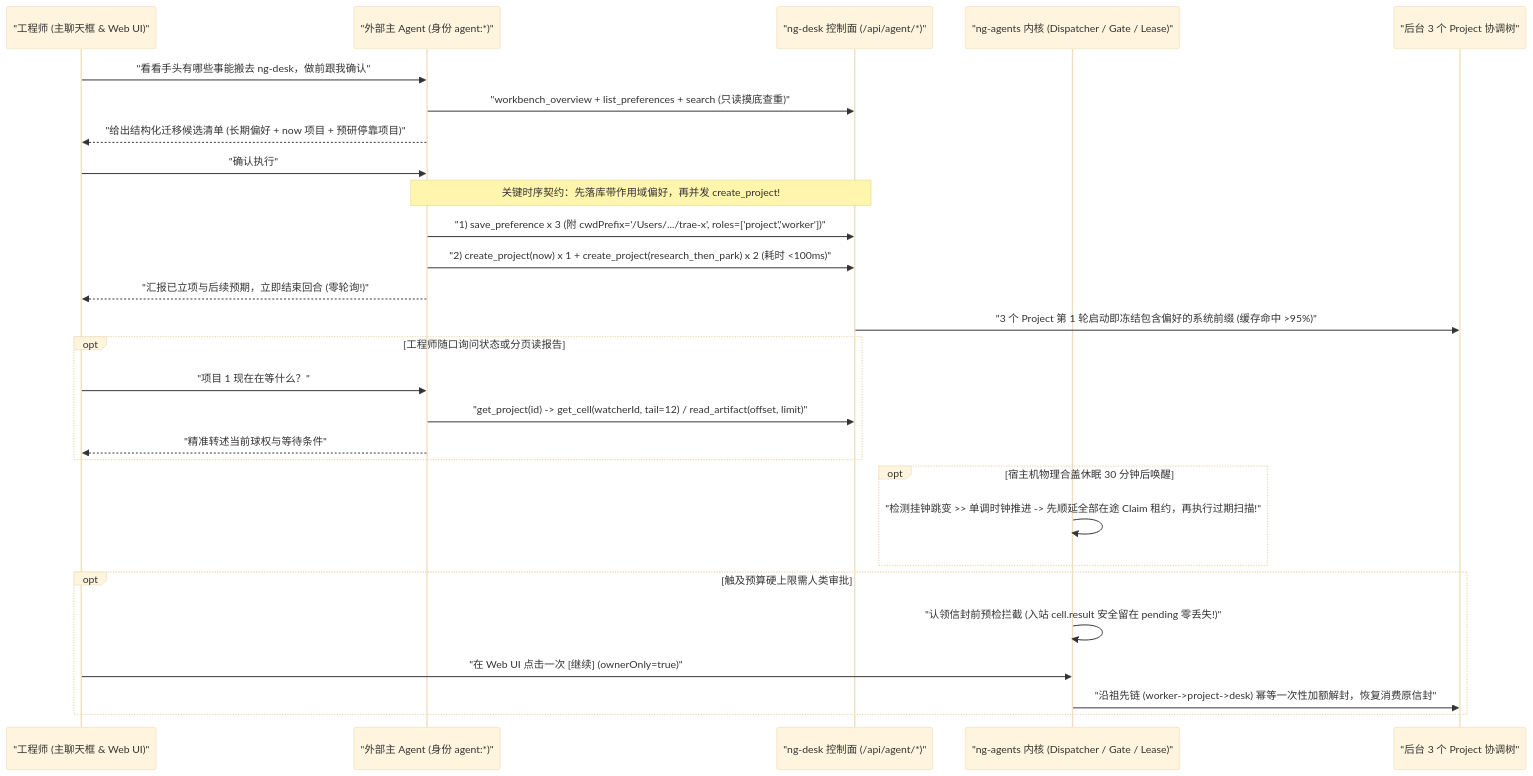
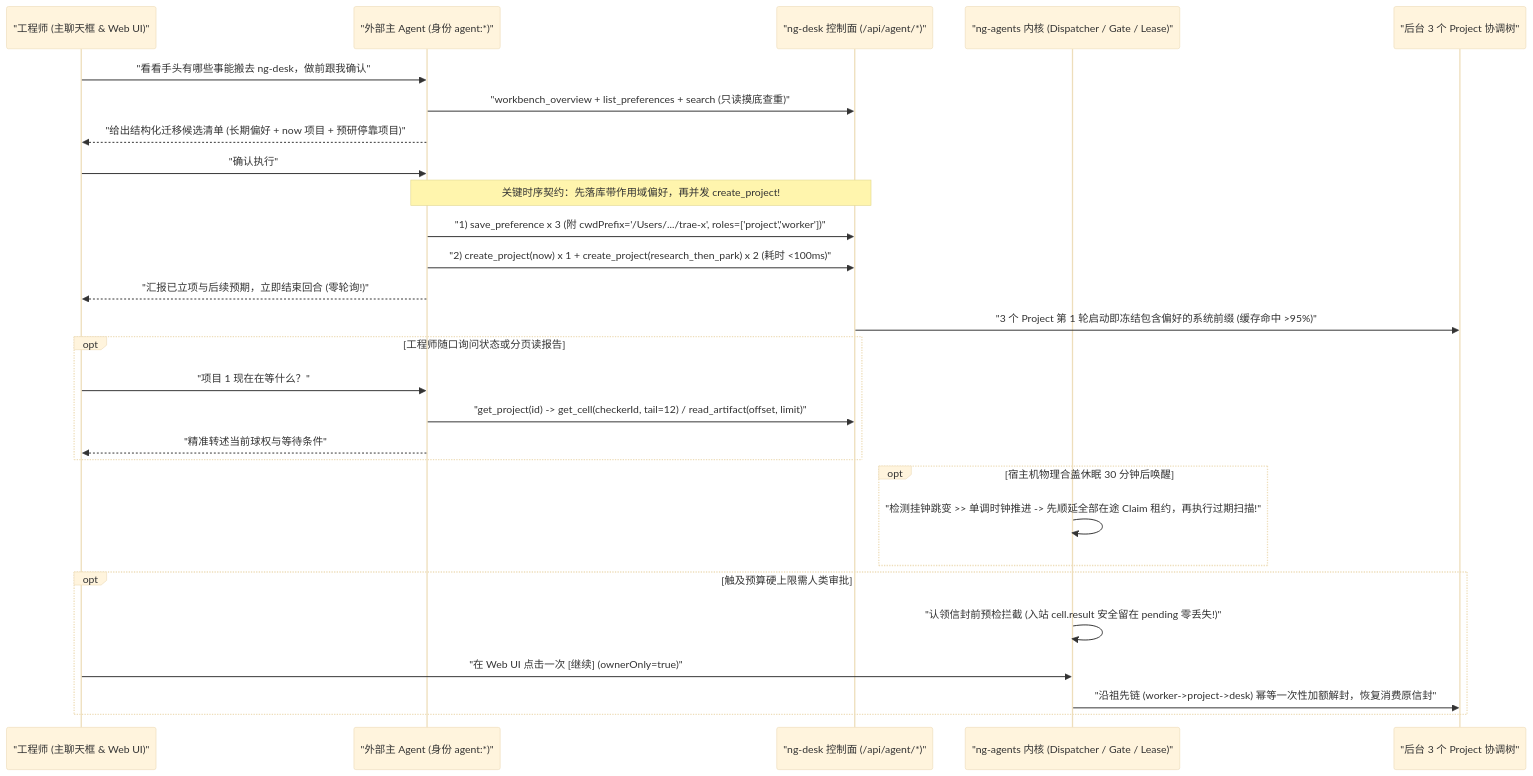
The diagram in docs/02-workflows/uc07-external-agent-and-overnight-hosting.md (project-aoi/ng-agents), drawn with Mermaid (base theme) before and after one commit. The commit also changed other lines of this file and 210 other files, not shown here.

````diff
--- a/docs/02-workflows/uc07-external-agent-and-overnight-hosting.md
+++ b/docs/02-workflows/uc07-external-agent-and-overnight-hosting.md
@@ -24,36 +24,36 @@
 ```mermaid
 sequenceDiagram
     participant Owner as "工程师 (主聊天框 & Web UI)"
     participant Main as "外部主 Agent (身份 agent:*)"
     participant MCP as "ng-desk 控制面 (/api/agent/*)"
     participant Kernel as "ng-agents 内核 (Dispatcher / Gate / Lease)"
     participant Cells as "后台 3 个 Project 协调树"
 
     Owner->>Main: "看看手头有哪些事能搬去 ng-desk，做前跟我确认"
     Main->>MCP: "workbench_overview + list_preferences + search (只读摸底查重)"
     Main-->>Owner: "给出结构化迁移候选清单 (长期偏好 + now 项目 + 预研停靠项目)"
     Owner->>Main: "确认执行"
 
     Note over Main,MCP: 关键时序契约：先落库带作用域偏好，再并发 create_project!
     Main->>MCP: "1) save_preference x 3 (附 cwdPrefix='/Users/.../trae-x', roles=['project','worker'])"
     Main->>MCP: "2) create_project(now) x 1 + create_project(research_then_park) x 2 (耗时 <100ms)"
     Main-->>Owner: "汇报已立项与后续预期，立即结束回合 (零轮询!)"
 
     MCP->>Cells: "3 个 Project 第 1 轮启动即冻结包含偏好的系统前缀 (缓存命中 >95%)"
 
     opt 工程师随口询问状态或分页读报告
         Owner->>Main: "项目 1 现在在等什么？"
-        Main->>MCP: "get_project(id) -> get_cell(watcherId, tail=12) / read_artifact(offset, limit)"
+        Main->>MCP: "get_project(id) -> get_cell(checkerId, tail=12) / read_artifact(offset, limit)"
         Main-->>Owner: "精准转述当前球权与等待条件"
     end
 
     opt 宿主机物理合盖休眠 30 分钟后唤醒
         Kernel->>Kernel: "检测挂钟跳变 >> 单调时钟推进 -> 先顺延全部在途 Claim 租约，再执行过期扫描!"
     end
 
     opt 触及预算硬上限需人类审批
         Kernel->>Kernel: "认领信封前预检拦截 (入站 cell.result 安全留在 pending 零丢失!)"
         Owner->>Kernel: "在 Web UI 点击一次 [继续] (ownerOnly=true)"
         Kernel->>Cells: "沿祖先链 (worker->project->desk) 幂等一次性加额解封，恢复消费原信封"
     end
 ```
````
